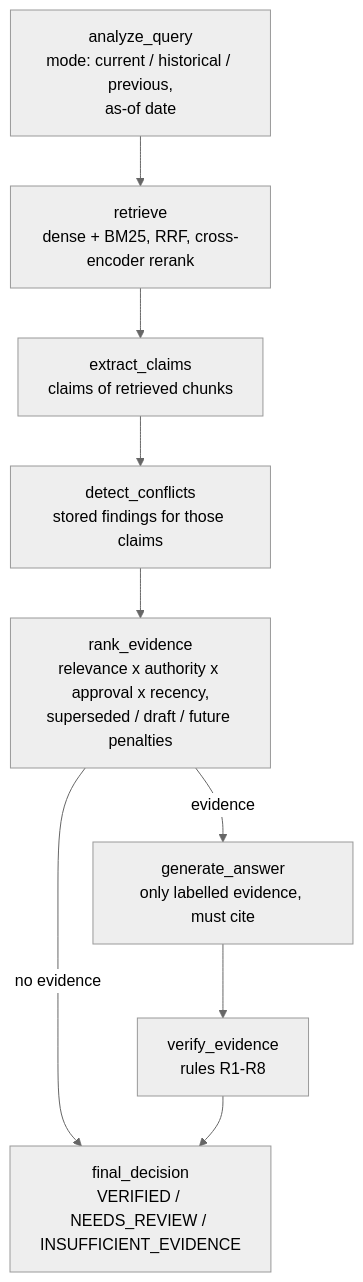
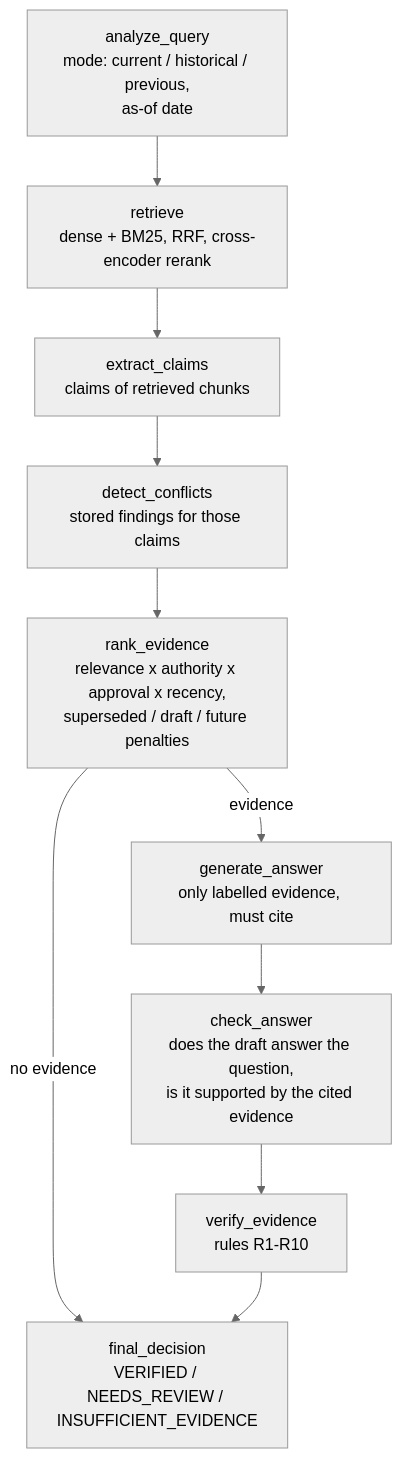
One commit to nati2126/rag-sentinel changed the second of 2 diagrams in docs/architecture.md. Above: the diagram before and after it, drawn with Mermaid (neutral theme). The commit also changed other lines of this file and 10 other files, not shown here.

Commit message:
Short README with screenshots; MIT license; developer guide; clearer eval charts

````diff
--- a/docs/architecture.md
+++ b/docs/architecture.md
@@ -39,11 +39,12 @@
 ```mermaid
 flowchart TD
     A[analyze_query<br/>mode: current / historical / previous,<br/>as-of date] --> R[retrieve<br/>dense + BM25, RRF, cross-encoder rerank]
     R --> CE[extract_claims<br/>claims of retrieved chunks]
     CE --> DC[detect_conflicts<br/>stored findings for those claims]
     DC --> RK[rank_evidence<br/>relevance x authority x approval x recency,<br/>superseded / draft / future penalties]
     RK -->|evidence| G[generate_answer<br/>only labelled evidence, must cite]
     RK -->|no evidence| F
-    G --> VE[verify_evidence<br/>rules R1-R8]
+    G --> CA[check_answer<br/>does the draft answer the question,<br/>is it supported by the cited evidence]
+    CA --> VE[verify_evidence<br/>rules R1-R10]
     VE --> F[final_decision<br/>VERIFIED / NEEDS_REVIEW / INSUFFICIENT_EVIDENCE]
 ```
````
